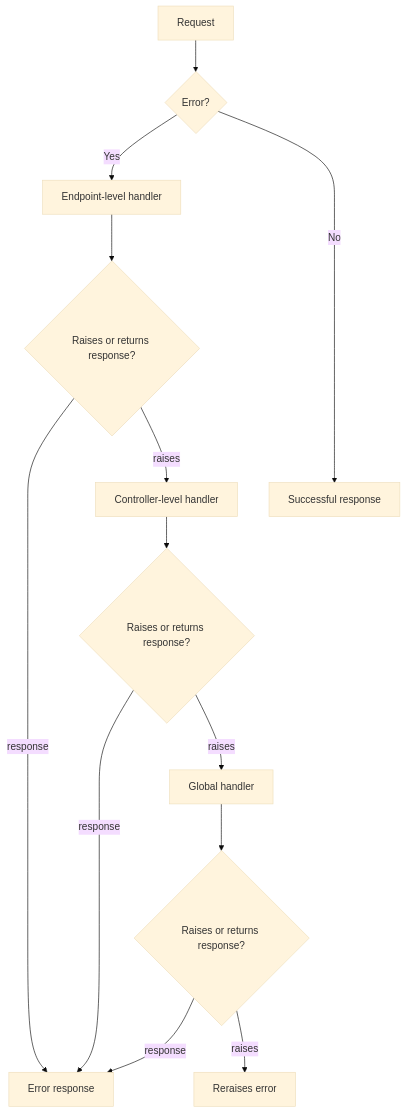
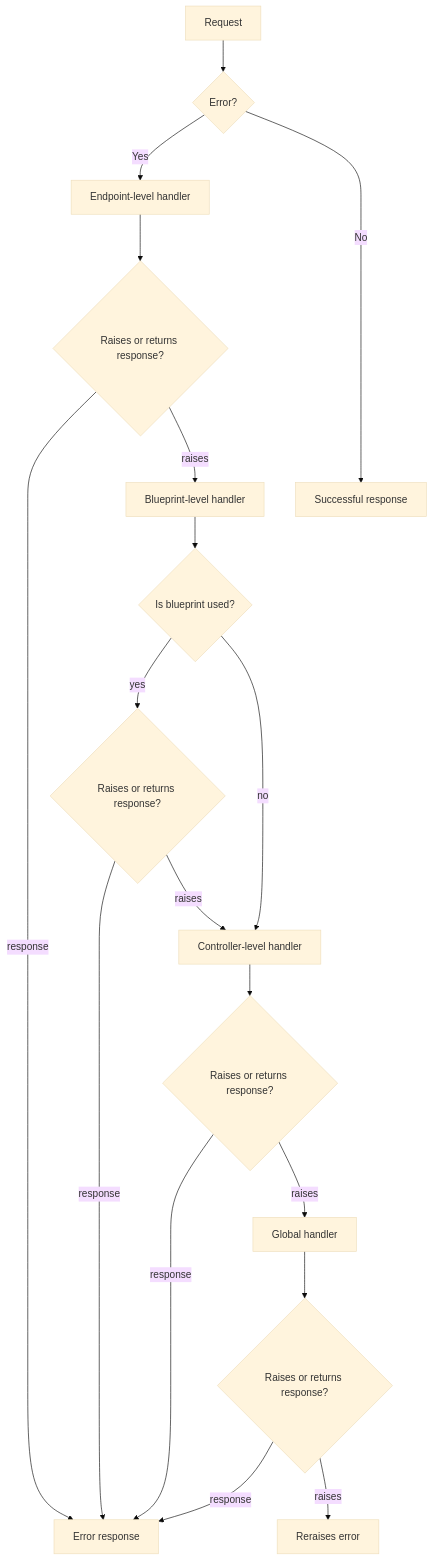
The diagram in docs/pages/error-handling.rst (wemake-services/django-modern-rest), drawn with Mermaid (base theme) before and after one commit. The commit also changed other lines of this file and 16 other files, not shown here.

```diff
--- a/docs/pages/error-handling.rst
+++ b/docs/pages/error-handling.rst
@@ -112,17 +141,22 @@
 .. mermaid::
   :caption: Error handling logic
   :config: {"theme": "forest"}
 
   graph TB
       Start[Request] --> Error{Error?};
       Error -->|Yes| Endpoint[Endpoint-level handler];
       Endpoint --> EndpointHandler{Raises or returns response?};
       EndpointHandler -->|response| Failure[Error response];
-      EndpointHandler -->|raises| Controller[Controller-level handler];
+      EndpointHandler -->|raises| Blueprint[Blueprint-level handler];
+      Blueprint --> BlueprintDefinition{Is blueprint used?}
+      BlueprintDefinition -->|yes| BlueprintHandler{Raises or returns response?};
+      BlueprintDefinition -->|no| Controller;
+      BlueprintHandler -->|response| Failure[Error response];
+      BlueprintHandler -->|raises| Controller[Controller-level handler];
       Controller --> ControllerHandler{Raises or returns response?};
       ControllerHandler -->|response| Failure[Error response];
       ControllerHandler -->|raises| Global[Global handler];
       Global --> GlobalHandler{Raises or returns response?};
       GlobalHandler -->|response| Failure[Error response];
       GlobalHandler -->|raises| Reraises[Reraises error];
       Error ---->|No| Success[Successful response];
```
